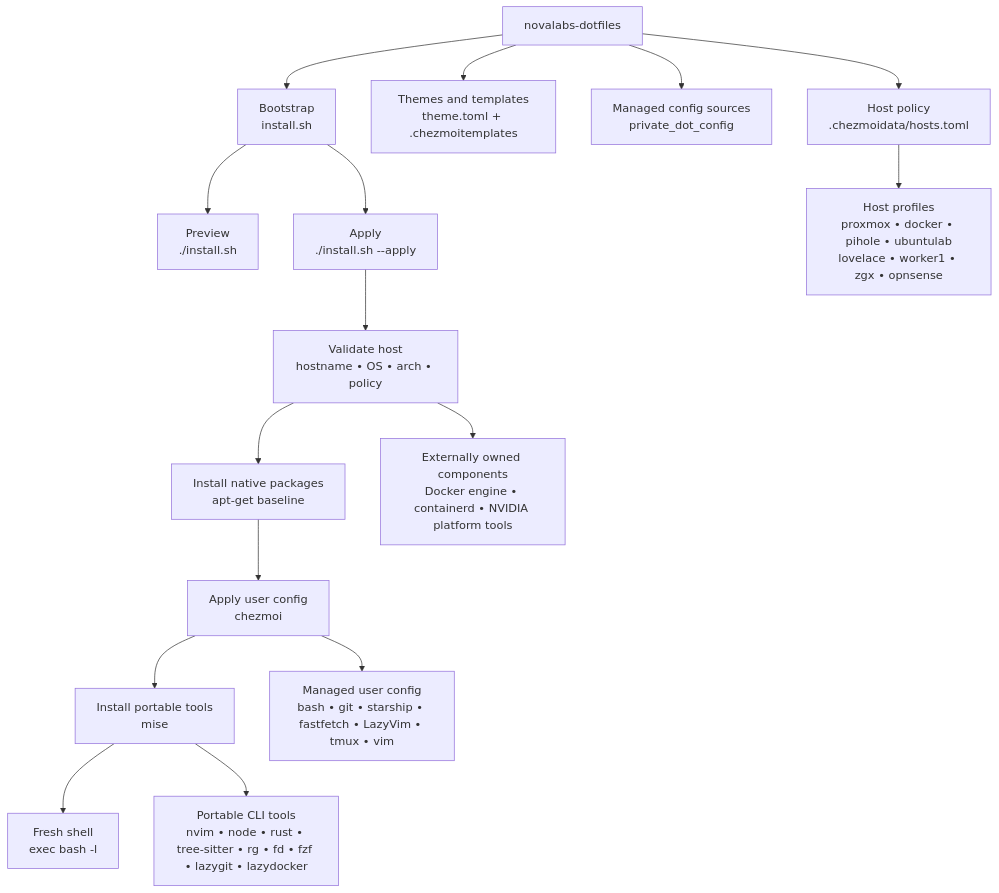
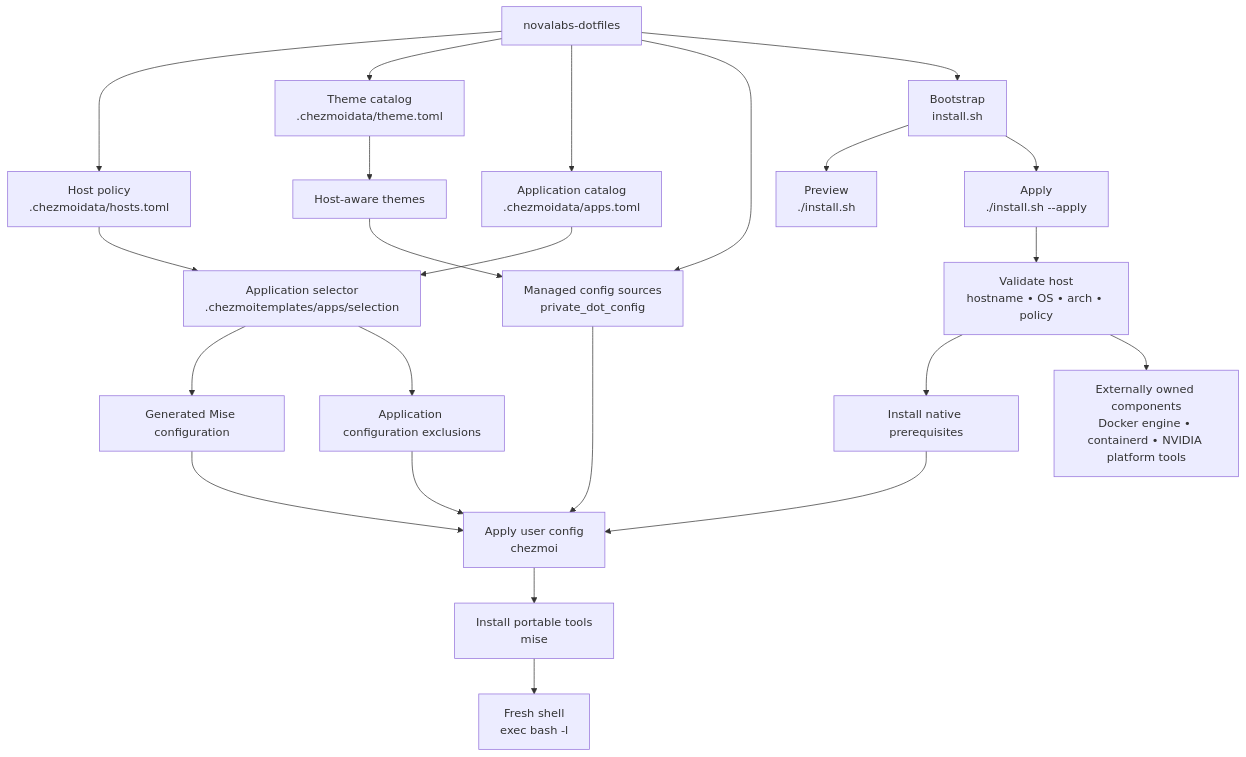
The diagram in README.md (calico88x/novalabs-dotfiles), drawn with Mermaid before and after one commit. The commit also changed other lines of this file and 6 other files, not shown here.

Commit message:
refactor(apps): introduce declarative application catalog

````diff
--- a/README.md
+++ b/README.md
@@ -79,23 +87,32 @@
 ```mermaid
 flowchart TD
   A["novalabs-dotfiles"] --> B["Host policy<br/>.chezmoidata/hosts.toml"]
-  A --> C["Themes and templates<br/>theme.toml + .chezmoitemplates"]
+  A --> C["Theme catalog<br/>.chezmoidata/theme.toml"]
+  A --> P["Application catalog<br/>.chezmoidata/apps.toml"]
   A --> D["Managed config sources<br/>private_dot_config"]
   A --> E["Bootstrap<br/>install.sh"]
+
+  B --> Q["Application selector<br/>.chezmoitemplates/apps/selection"]
+  P --> Q
+
+  Q --> R["Generated Mise configuration"]
+  Q --> S["Application configuration exclusions"]
+
+  C --> T["Host-aware themes"]
+  T --> D
 
   E --> F["Preview<br/>./install.sh"]
   E --> G["Apply<br/>./install.sh --apply"]
 
   G --> H["Validate host<br/>hostname • OS • arch • policy"]
-  H --> I["Install native packages<br/>apt-get baseline"]
+  H --> I["Install native prerequisites"]
   I --> J["Apply user config<br/>chezmoi"]
   J --> K["Install portable tools<br/>mise"]
   K --> L["Fresh shell<br/>exec bash -l"]
 
-  J --> M["Managed user config<br/>bash • git • starship • fastfetch • LazyVim • tmux • vim"]
-  K --> N["Portable CLI tools<br/>nvim • node • rust • tree-sitter • rg • fd • fzf • lazygit • lazydocker"]
+  R --> J
+  S --> J
+  D --> J
 
   H --> O["Externally owned components<br/>Docker engine • containerd • NVIDIA platform tools"]
-
-  B --> P["Host profiles<br/>proxmox • docker • pihole • ubuntulab<br/>lovelace • worker1 • zgx • opnsense"]
 ```
````
